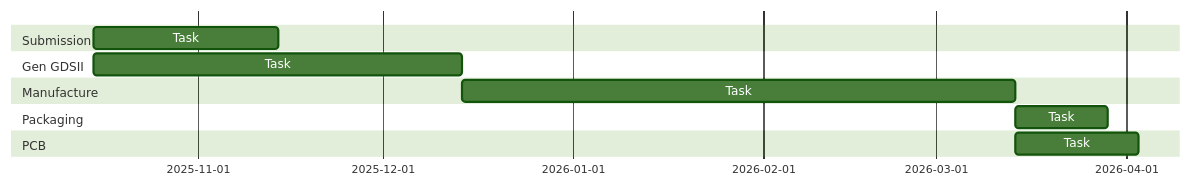
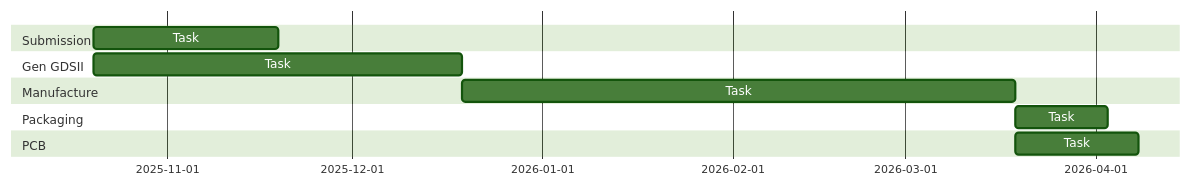
Before and after one commit to ecoslab/.github: the diagram in profile/README.md, drawn with Mermaid (forest theme). The commit also changed other lines of this file, not shown here.

Commit message:
docs: update the goal

````diff
--- a/profile/README.md
+++ b/profile/README.md
@@ -43,14 +43,14 @@
   ```mermaid
   gantt
     dateFormat YYYY-MM
     section Submission
-      Task: a1, 2025-10-15, 30d
+      Task: a1, 2025-10-20, 30d
     section Gen GDSII
-      Task: b1, 2025-10-15, 60d
+      Task: b1, 2025-10-20, 60d
     section Manufacture
       Task: c1, after b1, 90d
     section Packaging
       Task: d1, after c1, 15d
     section PCB
       Task: e1, after c1, 20d
   ```
````
